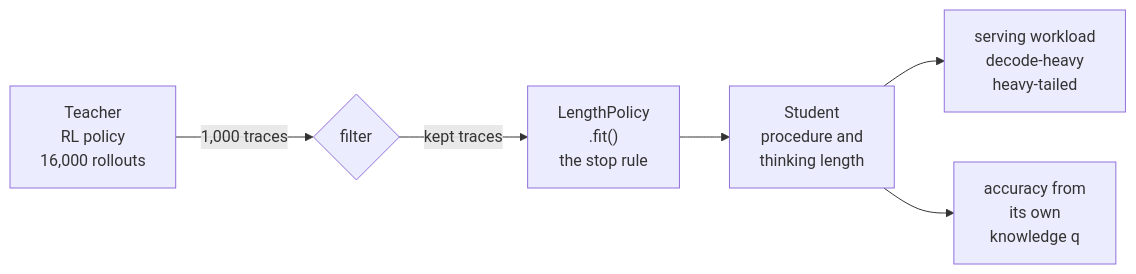
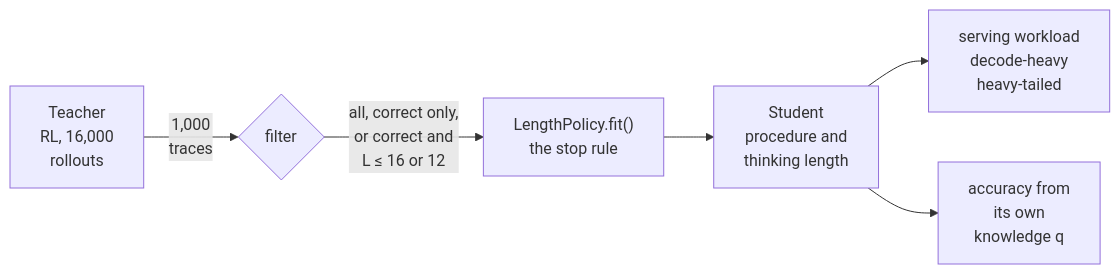
One commit to aniryou/full-stack-agentic-engineer changed the third of 3 diagrams in 00-foundations/distillation/PRIMER.md. Above: the diagram before and after it, drawn with Mermaid. The commit also changed other lines of this file and 49 other files, not shown here.

````diff
--- a/00-foundations/distillation/PRIMER.md
+++ b/00-foundations/distillation/PRIMER.md
@@ -507,8 +507,8 @@
 ```mermaid
 flowchart LR
-  T["Teacher<br/>RL policy<br/>16,000 rollouts"] -->|"1,000 traces"| F{"filter"}
-  F -->|"kept traces"| M["LengthPolicy<br/>.fit()<br/>the stop rule"]
+  T["Teacher<br/>RL, 16,000<br/>rollouts"] -->|"1,000<br/>traces"| F{"filter"}
+  F -->|"all, correct only,<br/>or correct and<br/>L ≤ 16 or 12"| M["LengthPolicy.fit()<br/>the stop rule"]
   M --> S["Student<br/>procedure and<br/>thinking length"]
   S --> W["serving workload<br/>decode-heavy<br/>heavy-tailed"]
   S --> K["accuracy from<br/>its own<br/>knowledge q"]
 ```
````
